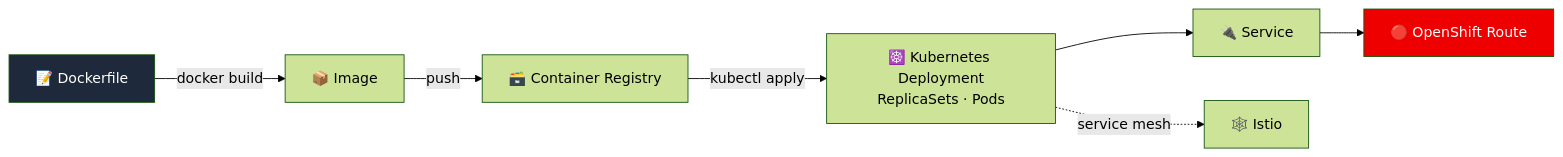
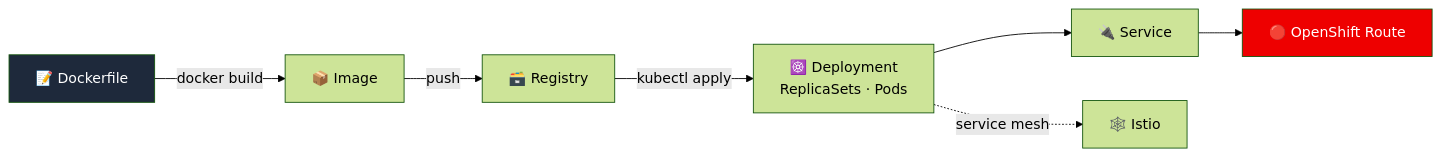
One commit to Talha-Yaseen-Hub/FP-IBM-DFEAR changed the ninth of 10 diagrams in README.md. Above: the diagram before and after it, drawn with Mermaid (forest theme). The commit also changed other lines of this file, not shown here.

````diff
--- a/README.md
+++ b/README.md
@@ -564,12 +390,12 @@
 ```mermaid
 flowchart LR
     D["📝 Dockerfile"] -->|docker build| I["📦 Image"]
-    I -->|push| R["🗃️ Container Registry"]
-    R -->|kubectl apply| K["☸️ Kubernetes Deployment<br/>ReplicaSets · Pods"]
+    I -->|push| R["🗃️ Registry"]
+    R -->|kubectl apply| K["☸️ Deployment<br/>ReplicaSets · Pods"]
     K --> S["🔌 Service"]
     S --> O["🔴 OpenShift Route"]
     K -.->|service mesh| IS["🕸️ Istio"]
 
     style D fill:#1e293b,color:#fff
     style O fill:#EE0000,color:#fff
 ```
````
